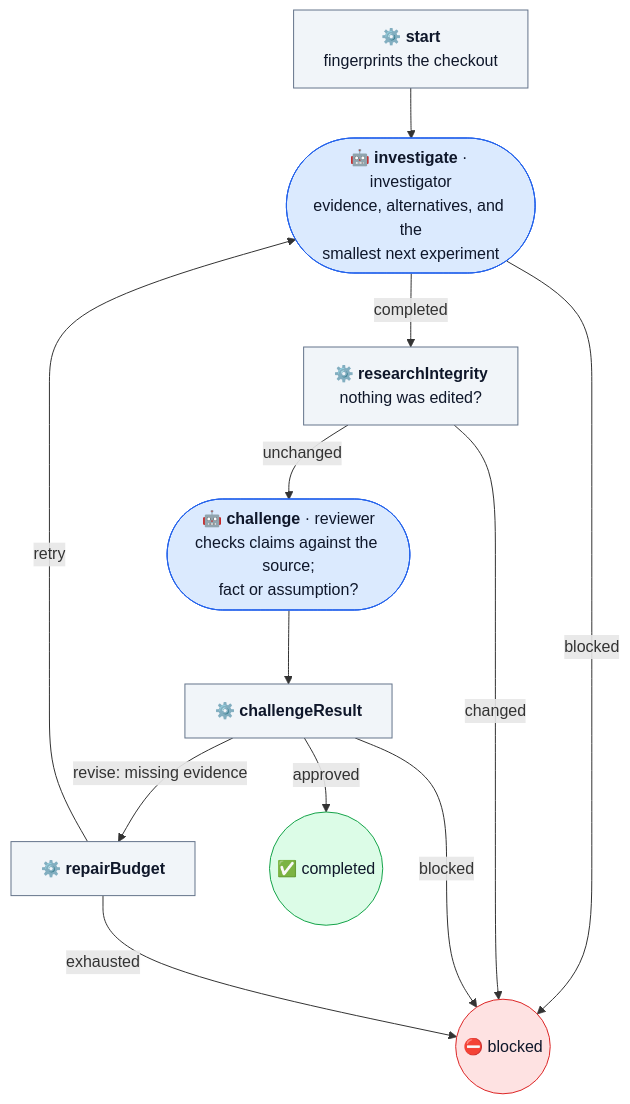
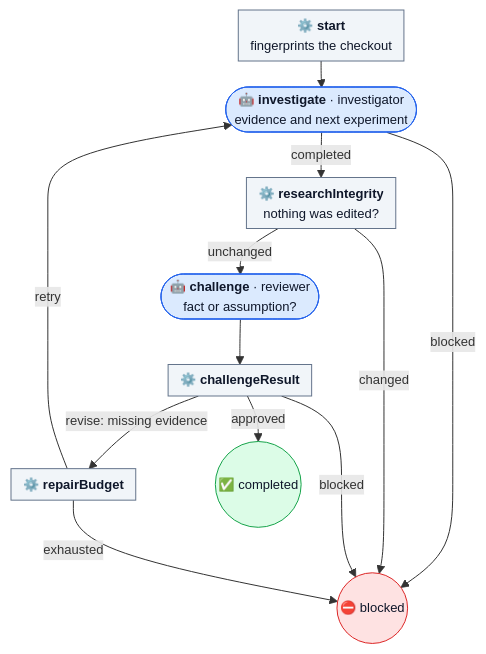
Before and after one commit to dna113p/machine-shop: the diagram in docs/workflows/investigate.md, drawn with Mermaid. The commit also changed 13 other files, not shown here.

First line of the commit message:
The workflow diagrams are about half their size

````diff
--- a/docs/workflows/investigate.md
+++ b/docs/workflows/investigate.md
@@ -39,31 +39,32 @@
 ```mermaid
+%%{init: {"themeVariables": {"fontSize": "13px"}, "flowchart": {"nodeSpacing": 16, "rankSpacing": 26, "padding": 6, "diagramPadding": 4}}}%%
 flowchart TD
   start["⚙️ <b>start</b><br/>fingerprints the checkout"]
-  investigate(["🤖 <b>investigate</b> · investigator<br/>evidence, alternatives, and the<br/>smallest next experiment"])
+  investigate(["🤖 <b>investigate</b> · investigator<br/>evidence and next experiment"])
   integrity["⚙️ <b>researchIntegrity</b><br/>nothing was edited?"]
-  challenge(["🤖 <b>challenge</b> · reviewer<br/>checks claims against the source;<br/>fact or assumption?"])
+  challenge(["🤖 <b>challenge</b> · reviewer<br/>fact or assumption?"])
   result["⚙️ <b>challengeResult</b>"]
   budget["⚙️ <b>repairBudget</b>"]
   done(("✅ completed"))
   blocked(("⛔ blocked"))
 
   start --> investigate
   investigate -->|completed| integrity
   investigate -->|blocked| blocked
   integrity -->|unchanged| challenge --> result
   integrity -->|changed| blocked
   result -->|approved| done
   result -->|"revise: missing evidence"| budget
   result -->|blocked| blocked
   budget -->|retry| investigate
   budget -->|exhausted| blocked
 
   classDef agent fill:#dbeafe,stroke:#2563eb,color:#0f172a
   classDef op fill:#f1f5f9,stroke:#64748b,color:#0f172a
   classDef good fill:#dcfce7,stroke:#16a34a,color:#0f172a
   classDef bad fill:#fee2e2,stroke:#dc2626,color:#0f172a
   class investigate,challenge agent
   class start,integrity,result,budget op
   class done good
   class blocked bad
 ```
````
